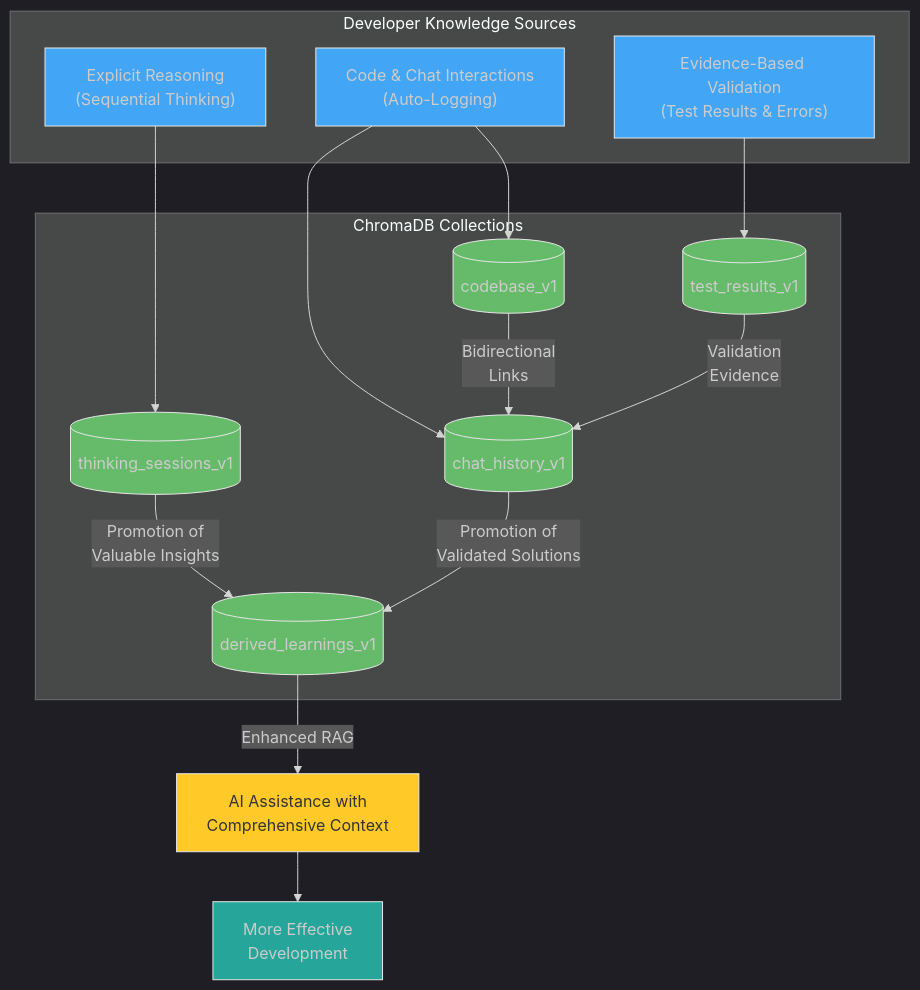
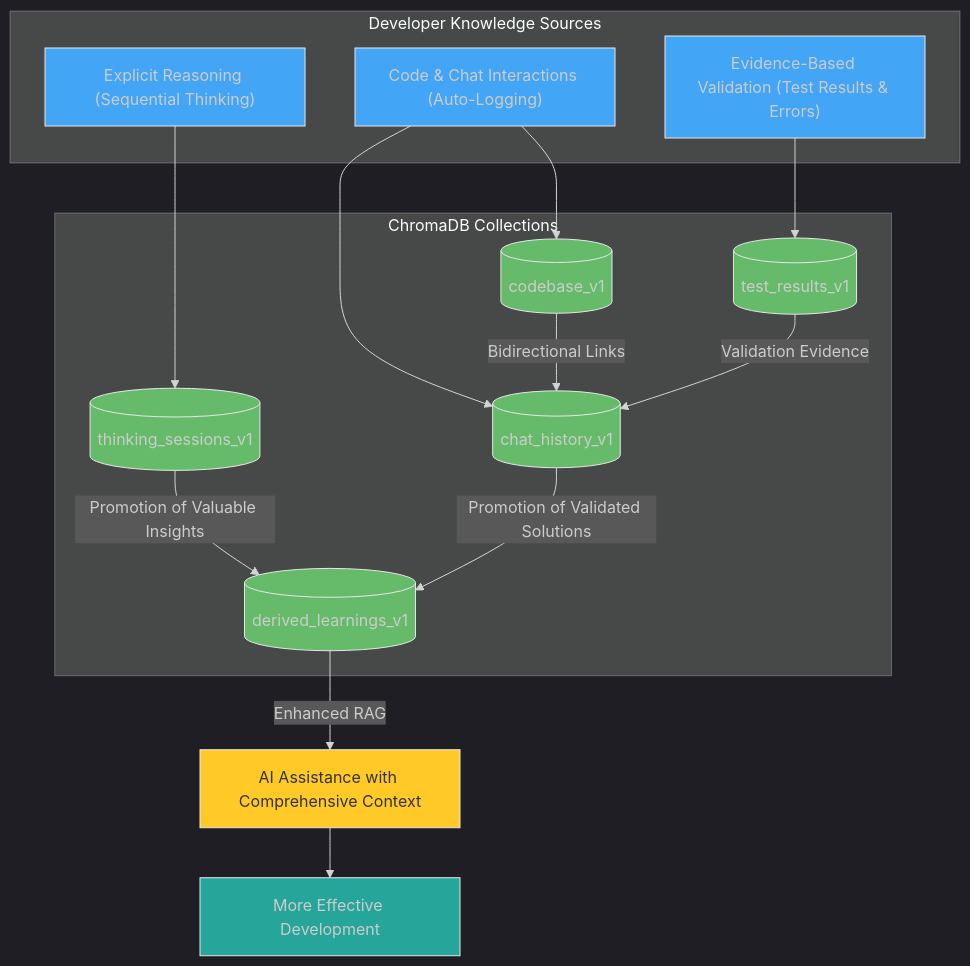
The sixth of 6 diagrams in docs/getting_started_second_brain.md (somebloke1/chroma_mcp_server), drawn with Mermaid before and after one commit. The commit also changed other lines of this file and 25 other files, not shown here.

````diff
--- a/docs/getting_started_second_brain.md
+++ b/docs/getting_started_second_brain.md
@@ -624,41 +646,41 @@
 ```mermaid
 %%{init: {'theme': 'dark'}}%%
 flowchart TD
     subgraph "Developer Knowledge Sources"
-        A["Explicit Reasoning\n(Sequential Thinking)"]
-        B["Code & Chat Interactions\n(Auto-Logging)"]
-        C["Evidence-Based Validation\n(Test Results & Errors)"]
+        A["Explicit Reasoning (Sequential Thinking)"]
+        B["Code & Chat Interactions (Auto-Logging)"]
+        C["Evidence-Based Validation (Test Results & Errors)"]
     end
     
     subgraph "ChromaDB Collections"
         D[(thinking_sessions_v1)]
         E[(codebase_v1)]
         F[(chat_history_v1)]
         G[(test_results_v1)]
         H[(derived_learnings_v1)]
     end
     
     A --> D
     B --> E
     B --> F
     C --> G
     
-    D -- "Promotion of\nValuable Insights" --> H
-    F -- "Promotion of\nValidated Solutions" --> H
-    E -- "Bidirectional\nLinks" --> F
-    G -- "Validation\nEvidence" --> F
+    D -- "Promotion of Valuable Insights" --> H
+    F -- "Promotion of Validated Solutions" --> H
+    E -- "Bidirectional Links" --> F
+    G -- "Validation Evidence" --> F
     
-    H -- "Enhanced RAG" --> I["AI Assistance with\nComprehensive Context"]
-    I --> J["More Effective\nDevelopment"]
+    H -- "Enhanced RAG" --> I["AI Assistance with Comprehensive Context"]
+    I --> J["More Effective Development"]
 
     style A fill:#42A5F5,stroke:#E6E6E6,stroke-width:1px
     style B fill:#42A5F5,stroke:#E6E6E6,stroke-width:1px
     style C fill:#42A5F5,stroke:#E6E6E6,stroke-width:1px
     style D fill:#66BB6A,stroke:#E6E6E6,stroke-width:1px
     style E fill:#66BB6A,stroke:#E6E6E6,stroke-width:1px
     style F fill:#66BB6A,stroke:#E6E6E6,stroke-width:1px
     style G fill:#66BB6A,stroke:#E6E6E6,stroke-width:1px
     style H fill:#66BB6A,stroke:#E6E6E6,stroke-width:1px
     style I fill:#FFCA28,stroke:#E6E6E6,stroke-width:1px,color:#333333
     style J fill:#26A69A,stroke:#E6E6E6,stroke-width:1px
 ```
````
